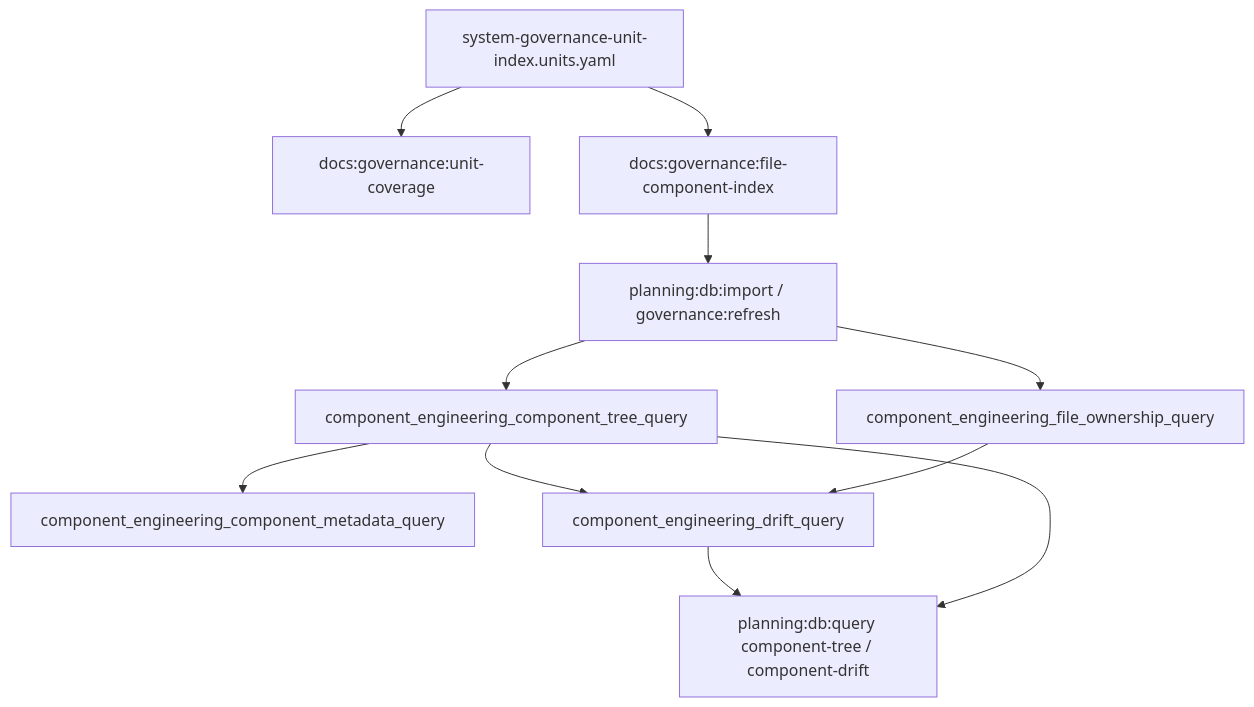
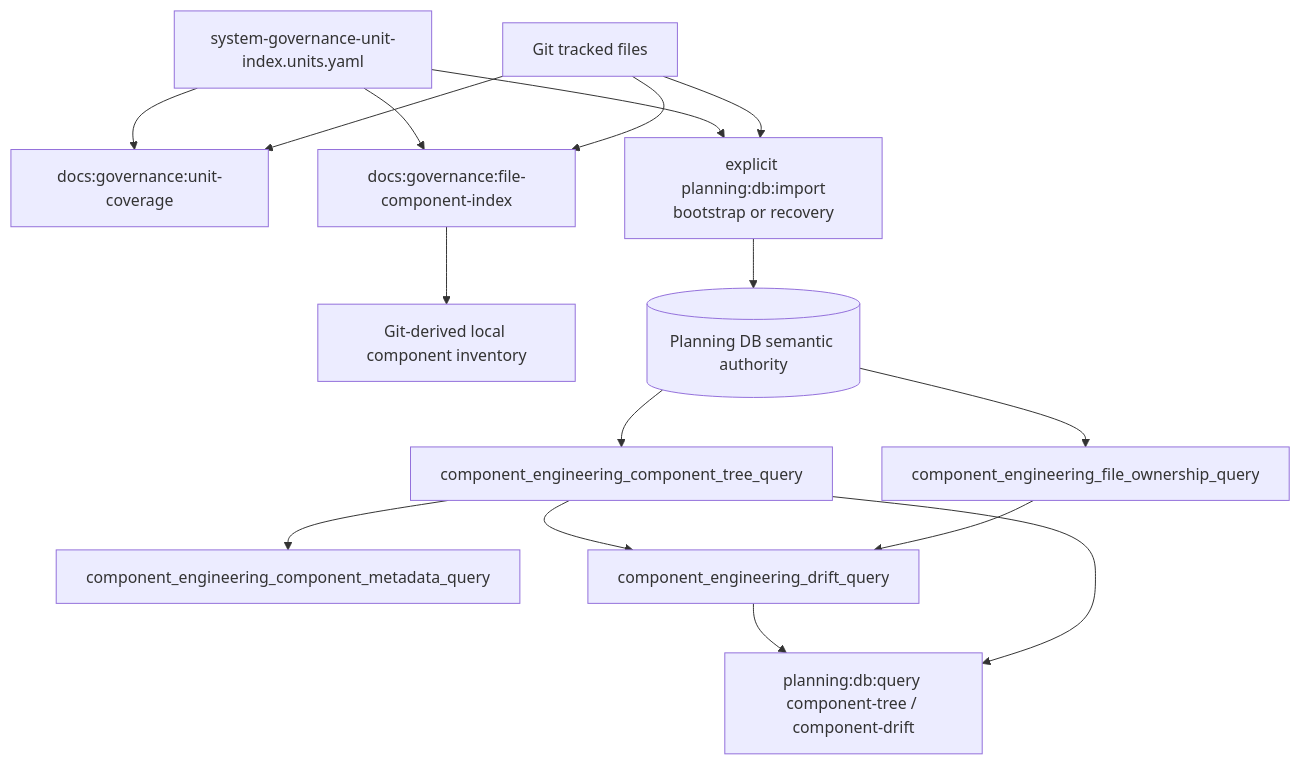
Before and after one commit to dunay2/dvt: the first of 2 diagrams in docs/architecture/components/ci-governance/component-engineering-record-component.md, drawn with Mermaid. The commit also changed other lines of this file and 26 other files, not shown here.

Commit message:
fix(docs): Decouple Git inventory refresh from Planning DB imports (#2751)

````diff
--- a/docs/architecture/components/ci-governance/component-engineering-record-component.md
+++ b/docs/architecture/components/ci-governance/component-engineering-record-component.md
@@ -123,23 +122,31 @@
 ```mermaid
 flowchart TB
   Manifest["system-governance-unit-index.units.yaml"]
+  GitFiles["Git tracked files"]
   UnitCoverage["docs:governance:unit-coverage"]
   FileIndex["docs:governance:file-component-index"]
-  Import["planning:db:import / governance:refresh"]
+  LocalInventory["Git-derived local component inventory"]
+  ExplicitImport["explicit planning:db:import\nbootstrap or recovery"]
+  PlanningDb[("Planning DB semantic authority")]
   Tree["component_engineering_component_tree_query"]
   Files["component_engineering_file_ownership_query"]
   Metadata["component_engineering_component_metadata_query"]
   Drift["component_engineering_drift_query"]
   Operator["planning:db:query component-tree / component-drift"]
 
   Manifest --> UnitCoverage
   Manifest --> FileIndex
-  FileIndex --> Import
-  Import --> Tree
-  Import --> Files
+  GitFiles --> UnitCoverage
+  GitFiles --> FileIndex
+  FileIndex --> LocalInventory
+  Manifest --> ExplicitImport
+  GitFiles --> ExplicitImport
+  ExplicitImport --> PlanningDb
+  PlanningDb --> Tree
+  PlanningDb --> Files
   Tree --> Metadata
   Tree --> Drift
   Files --> Drift
   Drift --> Operator
   Tree --> Operator
 ```
````
